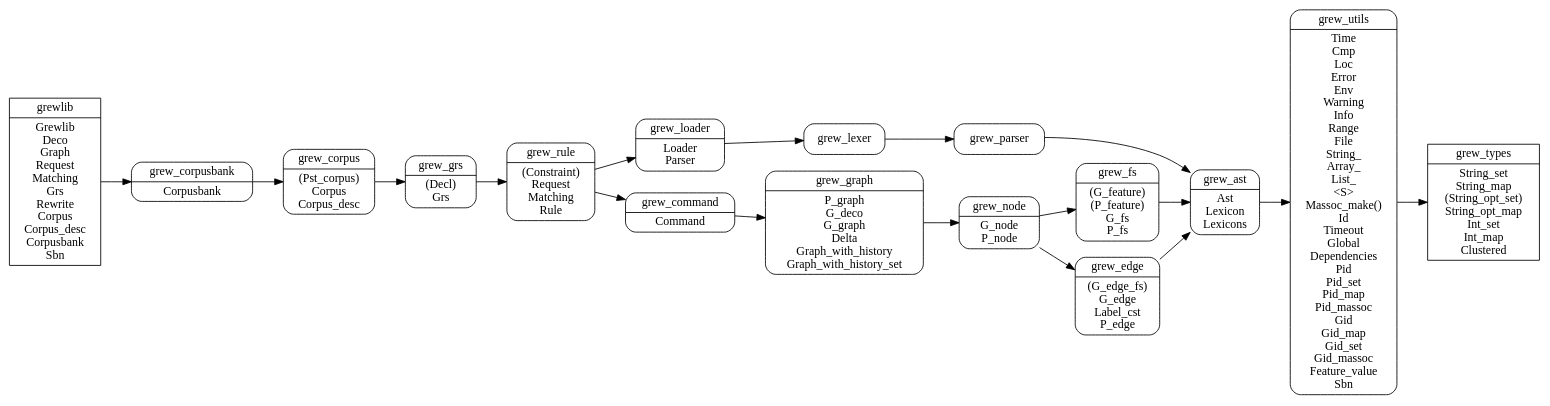
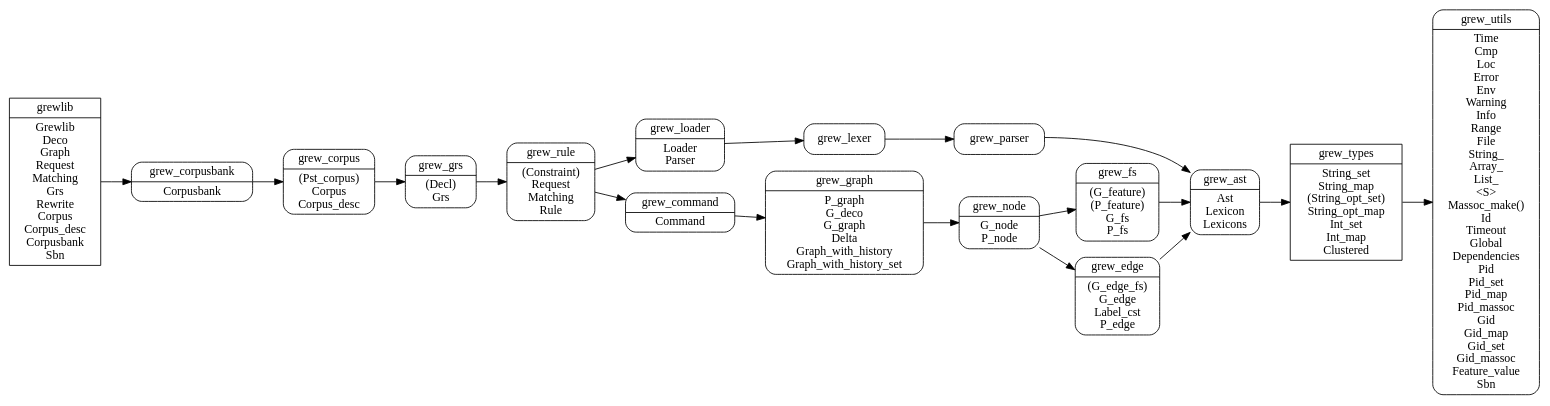
One commit to grew-nlp/grewlib changed the diagram in dev/arch.dot. Above: the diagram before and after it, drawn with Graphviz. The commit also changed 5 other files, not shown here.

```diff
--- a/dev/arch.dot
+++ b/dev/arch.dot
@@ -1,32 +1,32 @@
 digraph grew {
   node [shape=Mrecord];
   rankdir = LR;
   Grew_types [fillcolor=yellow, shape=record, label="grew_types|String_set\nString_map\n(String_opt_set)\nString_opt_map\nInt_set\nInt_map\nClustered"]
   Grew_utils [label="grew_utils|Time\nCmp\nLoc\nError\nEnv\nWarning\nInfo\nRange\nFile\nString_\nArray_\nList_\n&lt;S&gt;\nMassoc_make()\nId\nTimeout\nGlobal\nDependencies\nPid\nPid_set\nPid_map\nPid_massoc\nGid\nGid_map\nGid_set\nGid_massoc\nFeature_value\nSbn"]
   grew_ast [label="grew_ast|Ast\nLexicon\nLexicons"]
   grew_loader [label="grew_loader|Loader\nParser"]
   grew_fs [label="grew_fs|(G_feature)\n(P_feature)\nG_fs\nP_fs"]
   grew_edge [label="grew_edge|(G_edge_fs)\nG_edge\nLabel_cst\nP_edge"]
   grew_node [label="grew_node|G_node\nP_node"]
   grew_command [label="grew_command|Command"]
   grew_graph [label="grew_graph|P_graph\nG_deco\nG_graph\nDelta\nGraph_with_history\nGraph_with_history_set"]
   grew_rule [label="grew_rule|(Constraint)\nRequest\nMatching\nRule"]
   grew_grs [label="grew_grs|(Decl)\nGrs"]
   grew_corpus [label="grew_corpus|(Pst_corpus)\nCorpus\nCorpus_desc"]
   grew_corpusbank [label="grew_corpusbank|Corpusbank"]
   grewlib [fillcolor=yellow, shape=record, label="grewlib|Grewlib\nDeco\nGraph\nRequest\nMatching\nGrs\nRewrite\nCorpus\nCorpus_desc\nCorpusbank\nSbn"]
-grew_ast -> Grew_utils -> Grew_types
+grew_ast -> Grew_types -> Grew_utils
 grew_edge -> grew_ast
 grew_fs -> grew_ast
 grew_command -> grew_graph
 grew_node -> grew_edge
 grew_node -> grew_fs
 grew_graph -> grew_node
 grew_rule -> grew_command
 grew_grs -> grew_rule
 grew_rule -> grew_loader -> grew_lexer -> grew_parser -> grew_ast
 grew_corpus -> grew_grs
 grew_corpusbank -> grew_corpus
 grewlib -> grew_corpusbank
 
 }
```
